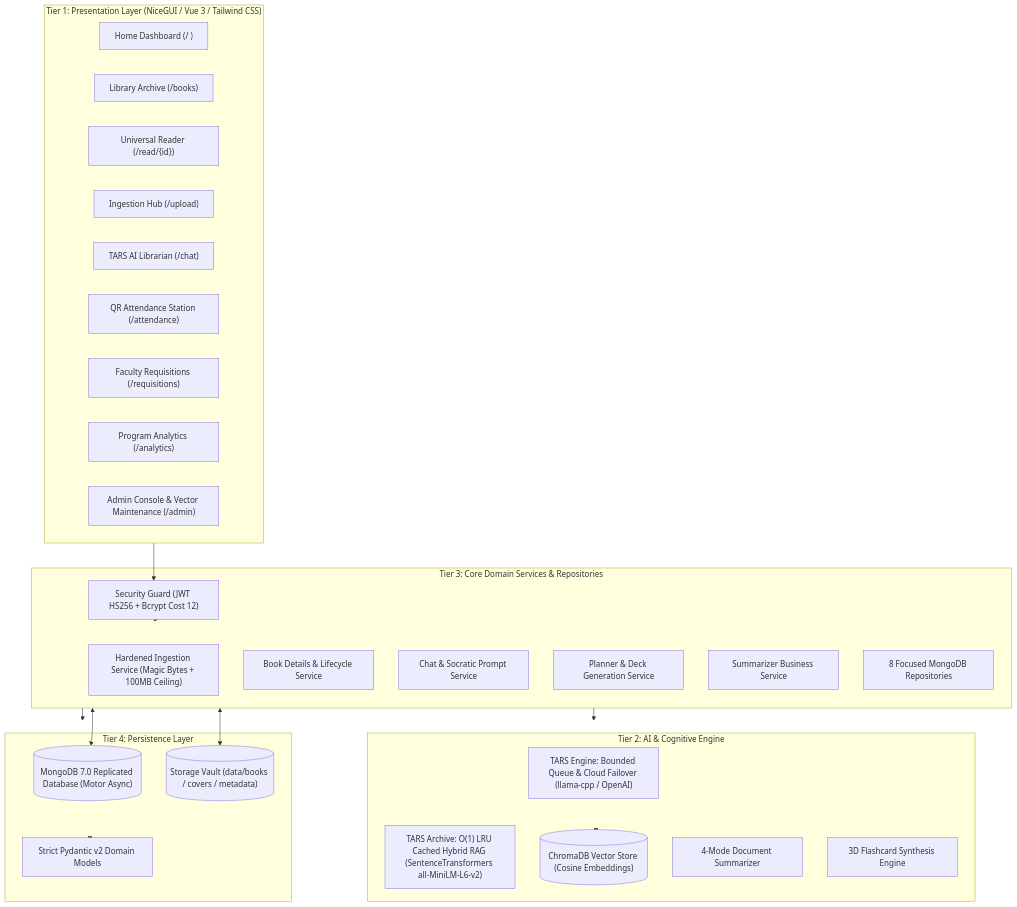
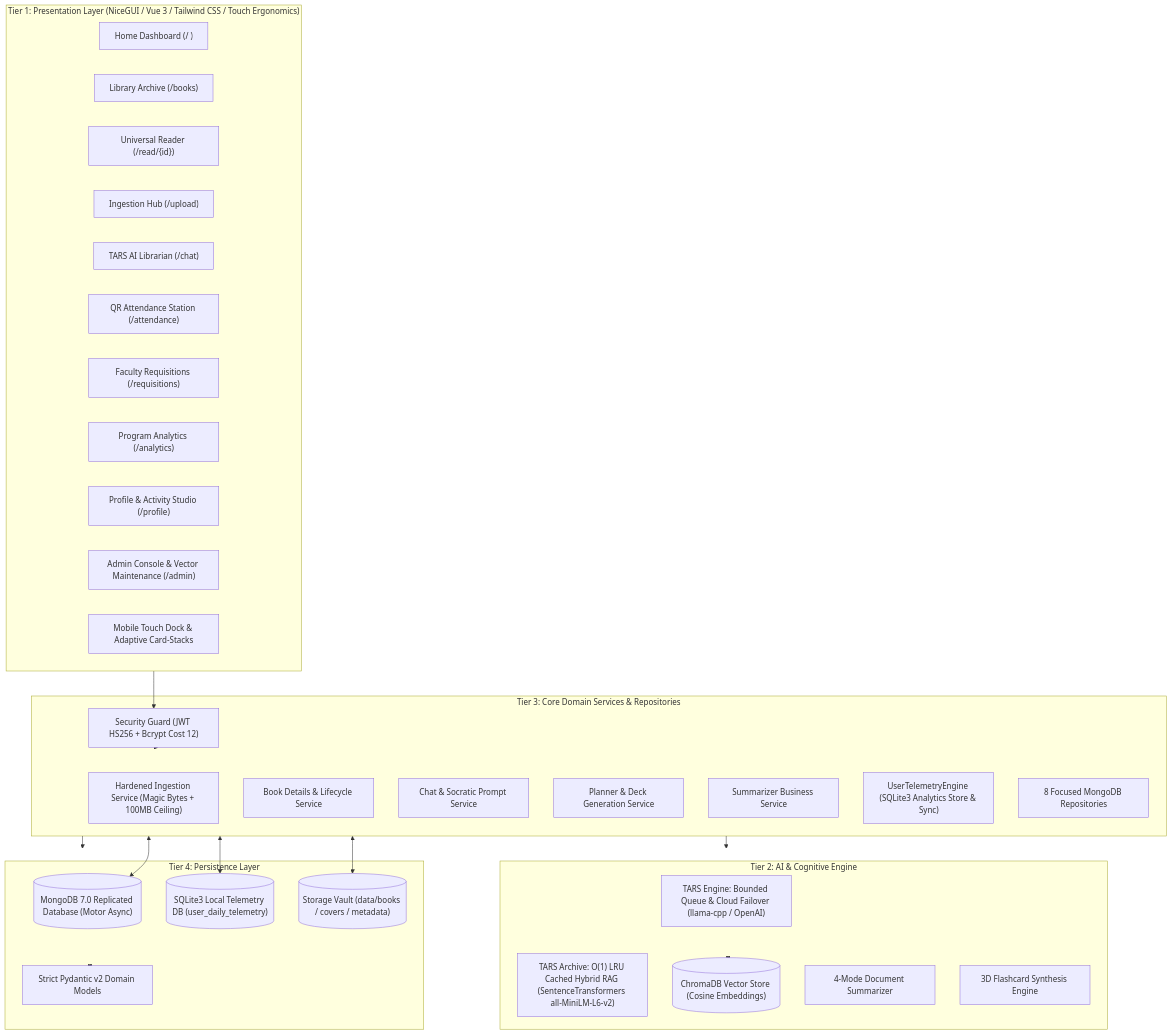
The diagram in README.md (K1ezy/Kieser-s-Libre-Library), drawn with Mermaid before and after one commit. The commit also changed other lines of this file and 4 other files, not shown here.

Commit message:
docs: update README with mobile web app experience, attendance RBAC privacy & telemetry engine

````diff
--- a/README.md
+++ b/README.md
@@ -85,47 +89,52 @@
 ```mermaid
 graph TD
-    subgraph Presentation["Tier 1: Presentation Layer (NiceGUI / Vue 3 / Tailwind CSS)"]
+    subgraph Presentation["Tier 1: Presentation Layer (NiceGUI / Vue 3 / Tailwind CSS / Touch Ergonomics)"]
         UI_Home["Home Dashboard (/ )"]
         UI_Library["Library Archive (/books)"]
         UI_Reader["Universal Reader (/read/{id})"]
         UI_Ingest["Ingestion Hub (/upload)"]
         UI_Chat["TARS AI Librarian (/chat)"]
         UI_Attendance["QR Attendance Station (/attendance)"]
         UI_Requisitions["Faculty Requisitions (/requisitions)"]
         UI_Analytics["Program Analytics (/analytics)"]
+        UI_Profile["Profile & Activity Studio (/profile)"]
         UI_Admin["Admin Console & Vector Maintenance (/admin)"]
+        UI_Mobile["Mobile Touch Dock & Adaptive Card-Stacks"]
     end
 
     subgraph Intelligence["Tier 2: AI & Cognitive Engine"]
         LLM["TARS Engine: Bounded Queue & Cloud Failover (llama-cpp / OpenAI)"]
         RAG["TARS Archive: O(1) LRU Cached Hybrid RAG (SentenceTransformers all-MiniLM-L6-v2)"]
         VectorDB[("ChromaDB Vector Store (Cosine Embeddings)")]
         Summarizer["4-Mode Document Summarizer"]
         Flashcards["3D Flashcard Synthesis Engine"]
     end
 
     subgraph Business["Tier 3: Core Domain Services & Repositories"]
         AuthService["Security Guard (JWT HS256 + Bcrypt Cost 12)"]
         IngestService["Hardened Ingestion Service (Magic Bytes + 100MB Ceiling)"]
         BookDetailsService["Book Details & Lifecycle Service"]
         ChatService["Chat & Socratic Prompt Service"]
         PlannerService["Planner & Deck Generation Service"]
         SummarizerService["Summarizer Business Service"]
+        TelemetryService["UserTelemetryEngine (SQLite3 Analytics Store & Sync)"]
         DomainRepos["8 Focused MongoDB Repositories"]
     end
 
     subgraph Persistence["Tier 4: Persistence Layer"]
         MongoDB[("MongoDB 7.0 Replicated Database (Motor Async)")]
+        SQLiteDB[("SQLite3 Local Telemetry DB (user_daily_telemetry)")]
         DocStore[("Storage Vault (data/books / covers / metadata)")]
         PydanticSchemas["Strict Pydantic v2 Domain Models"]
     end
 
     Presentation --> AuthService
     AuthService --> Business
     Business --> Intelligence
     Business --> Persistence
     Intelligence <--> VectorDB
     Business <--> MongoDB
+    Business <--> SQLiteDB
     Business <--> DocStore
     Persistence <--> PydanticSchemas
 ```
````
